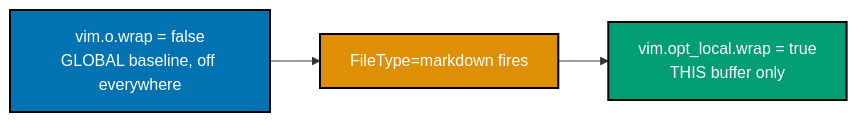
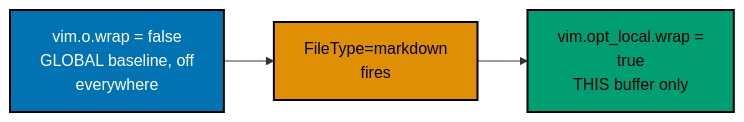
Before and after one commit to wahidyankf/ose-public: the fourth of 7 diagrams in apps/ayokoding-www/content/en/learn/courses/extending-neovim/learning/beginner.md, drawn with Mermaid. The commit also changed other lines of this file and 144 other files, not shown here.

First line of the commit message:
fix(mermaid): bring the first half of the courses diagrams onto the accessible palette

````diff
--- a/apps/ayokoding-www/content/en/learn/courses/extending-neovim/learning/beginner.md
+++ b/apps/ayokoding-www/content/en/learn/courses/extending-neovim/learning/beginner.md
@@ -544,12 +553,15 @@
 ```mermaid
 %% Color Palette: Blue #0173B2, Orange #DE8F05, Teal #029E73
 flowchart LR
-    A["vim.o.wrap = false<br/>GLOBAL baseline, off everywhere"]:::blue
-    B["FileType=markdown fires"]:::orange
-    C["vim.opt_local.wrap = true<br/>THIS buffer only"]:::teal
+    accTitle: Example 17: Filetype-Local Option
+    accDescr: Flowchart with 3 nodes and 2 connections. Nodes: vim.o.wrap = false GLOBAL baseline, off everywhere, FileType=markdown fires, vim.opt_local.wrap = true THIS buffer only. Connections: vim.o.wrap = false GLOBAL baseline, off everywhere to FileType=markdown fires, FileType=markdown fires to vim.opt_local.wrap = true THIS buffer only.
+    A["vim.o.wrap = false<br/>GLOBAL baseline, off<br/>everywhere"]:::blue
+    B["FileType=markdown<br/>fires"]:::orange
+    C["vim.opt_local.wrap =<br/>true<br/>THIS buffer only"]:::teal
     A --> B --> C
 
     classDef blue fill:#0173B2,stroke:#000000,color:#FFFFFF,stroke-width:2px
-    classDef orange fill:#DE8F05,stroke:#000000,color:#FFFFFF,stroke-width:2px
-    classDef teal fill:#029E73,stroke:#000000,color:#FFFFFF,stroke-width:2px
+    classDef orange fill:#DE8F05,stroke:#000000,color:#000000,stroke-width:2px
+    classDef teal fill:#029E73,stroke:#000000,color:#000000,stroke-width:2px
+    classDef default fill:#FFFFFF,stroke:#000000,color:#000000
 ```
````
